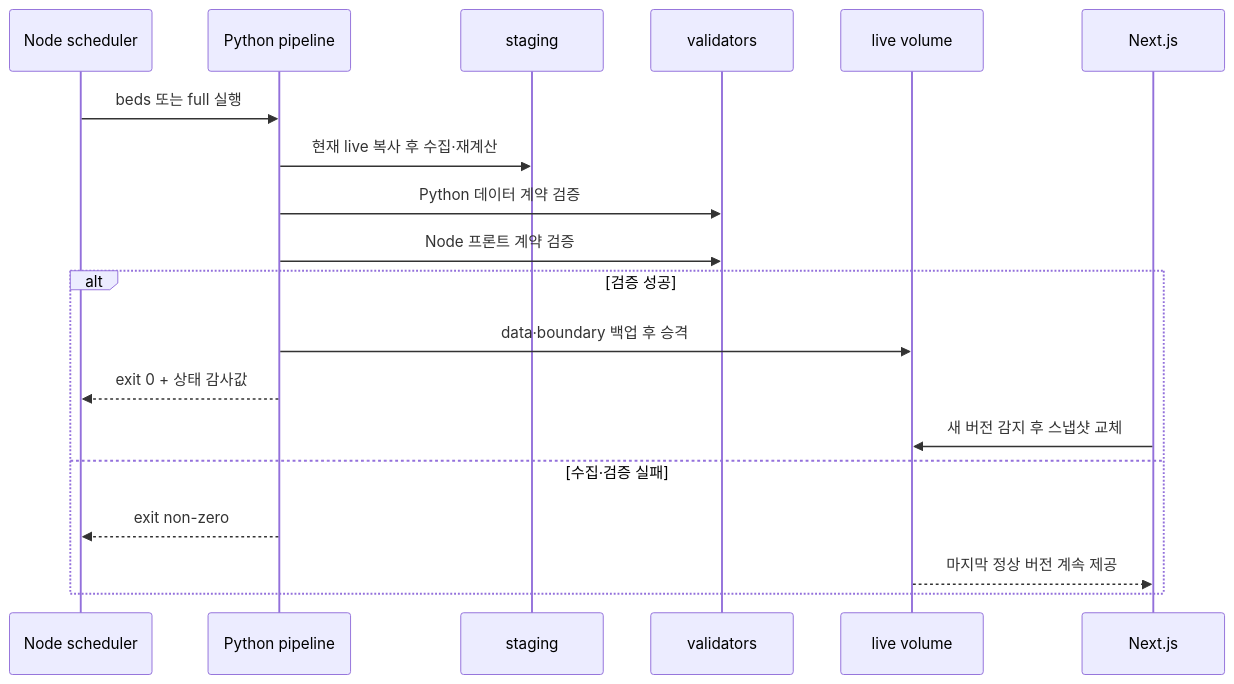
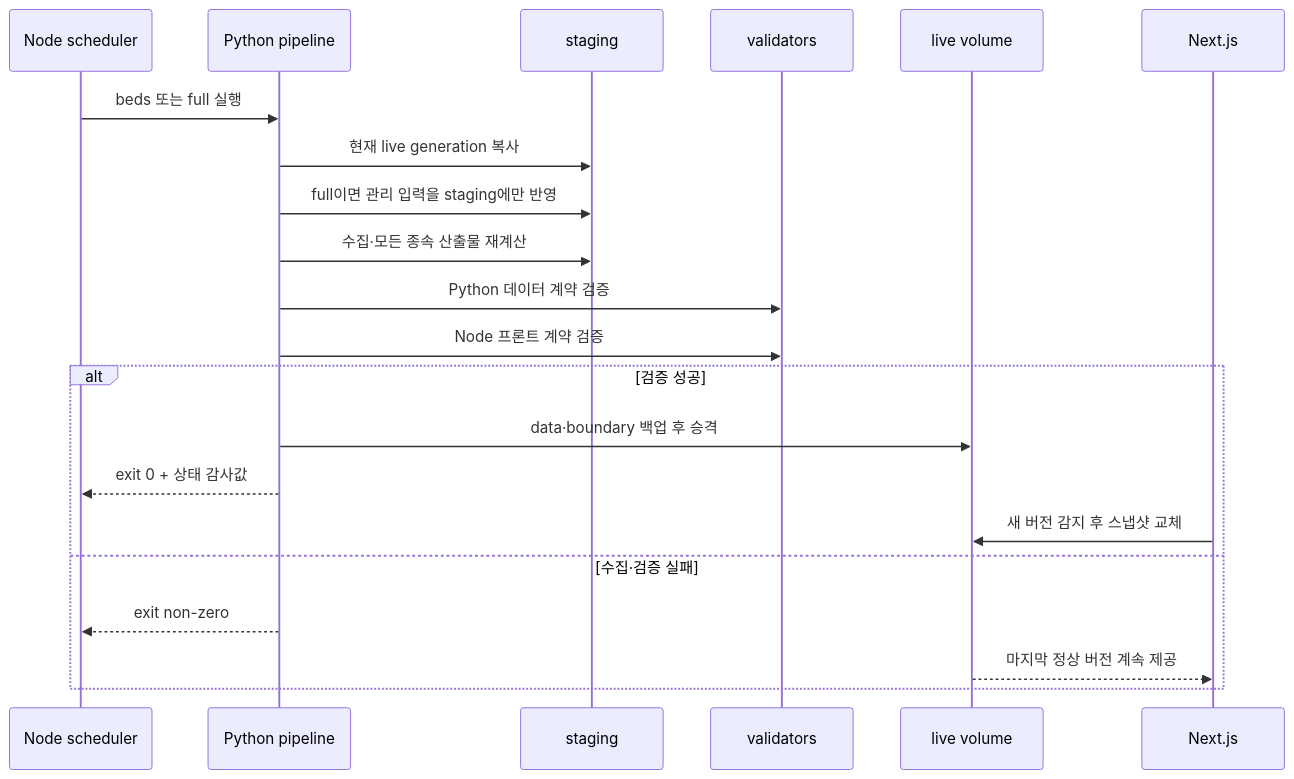
The third of 4 diagrams in ARCHITECTURE.md (Westyoon/embulance_score), drawn with Mermaid before and after one commit. The commit also changed other lines of this file and 9 other files, not shown here.

````diff
--- a/ARCHITECTURE.md
+++ b/ARCHITECTURE.md
@@ -147,22 +149,24 @@
 ```mermaid
 sequenceDiagram
     participant S as Node scheduler
     participant P as Python pipeline
     participant T as staging
     participant V as validators
     participant L as live volume
     participant W as Next.js
 
     S->>P: beds 또는 full 실행
-    P->>T: 현재 live 복사 후 수집·재계산
+    P->>T: 현재 live generation 복사
+    P->>T: full이면 관리 입력을 staging에만 반영
+    P->>T: 수집·모든 종속 산출물 재계산
     P->>V: Python 데이터 계약 검증
     P->>V: Node 프론트 계약 검증
     alt 검증 성공
         P->>L: data·boundary 백업 후 승격
         P-->>S: exit 0 + 상태 감사값
         W->>L: 새 버전 감지 후 스냅샷 교체
     else 수집·검증 실패
         P-->>S: exit non-zero
         L-->>W: 마지막 정상 버전 계속 제공
     end
 ```
````
